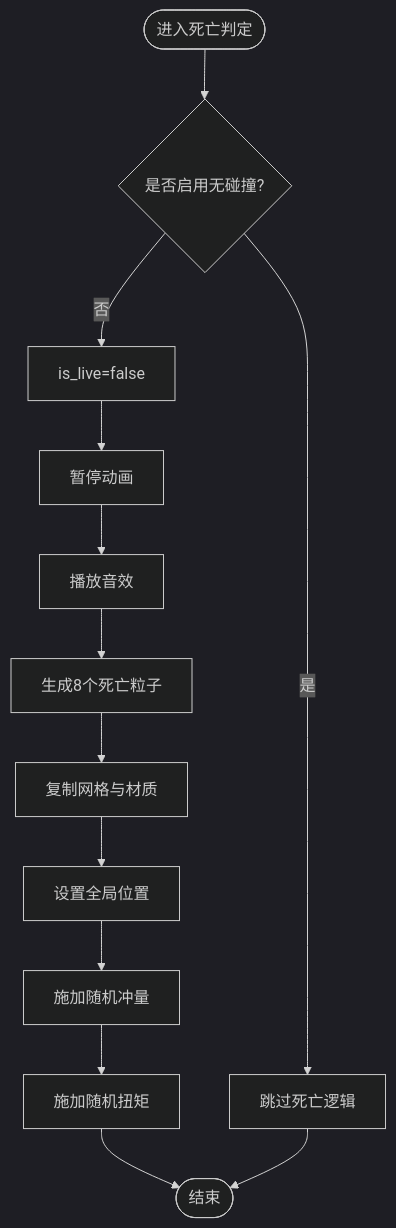
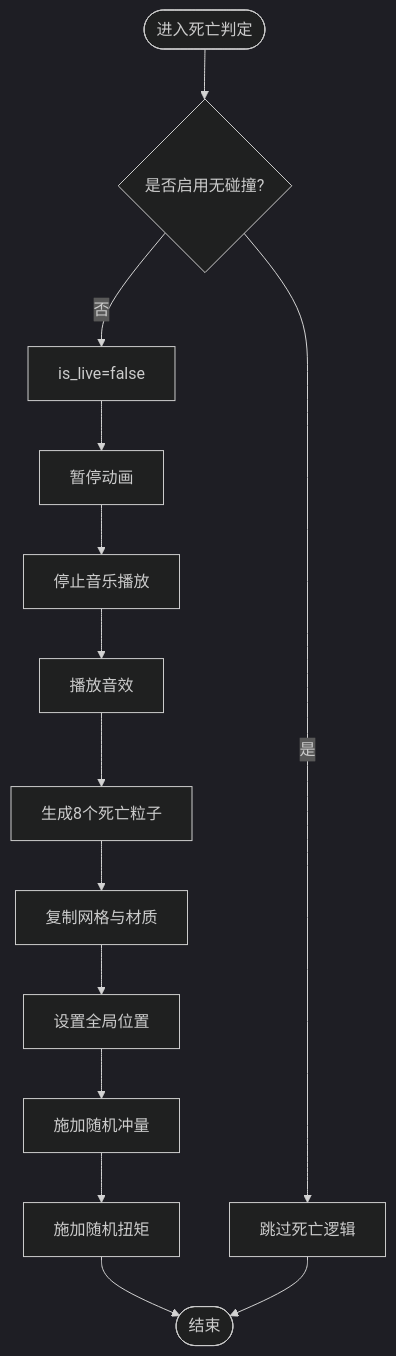
One commit to godotline/godot-line changed the fifth of 6 diagrams in .qoder/repowiki/zh/content/游戏系统/角色控制系统.md. Above: the diagram before and after it, drawn with Mermaid (dark theme). The commit also changed other lines of this file and 18 other files, not shown here.

````diff
--- a/.qoder/repowiki/zh/content/游戏系统/角色控制系统.md
+++ b/.qoder/repowiki/zh/content/游戏系统/角色控制系统.md
@@ -257,15 +277,16 @@
 ```mermaid
 flowchart TD
 Start(["进入死亡判定"]) --> CheckNoclip{"是否启用无碰撞?"}
 CheckNoclip --> |是| Skip["跳过死亡逻辑"]
 CheckNoclip --> |否| Live["is_live=false"]
 Live --> PauseAnim["暂停动画"]
-PauseAnim --> PlaySound["播放音效"]
+PauseAnim --> StopMusic["停止音乐播放"]
+StopMusic --> PlaySound["播放音效"]
 PlaySound --> SpawnParts["生成8个死亡粒子"]
 SpawnParts --> SetMesh["复制网格与材质"]
 SetMesh --> SetPos["设置全局位置"]
 SetPos --> ApplyImpulse["施加随机冲量"]
 ApplyImpulse --> ApplyTorque["施加随机扭矩"]
 ApplyTorque --> End(["结束"])
 Skip --> End
 ```
````
